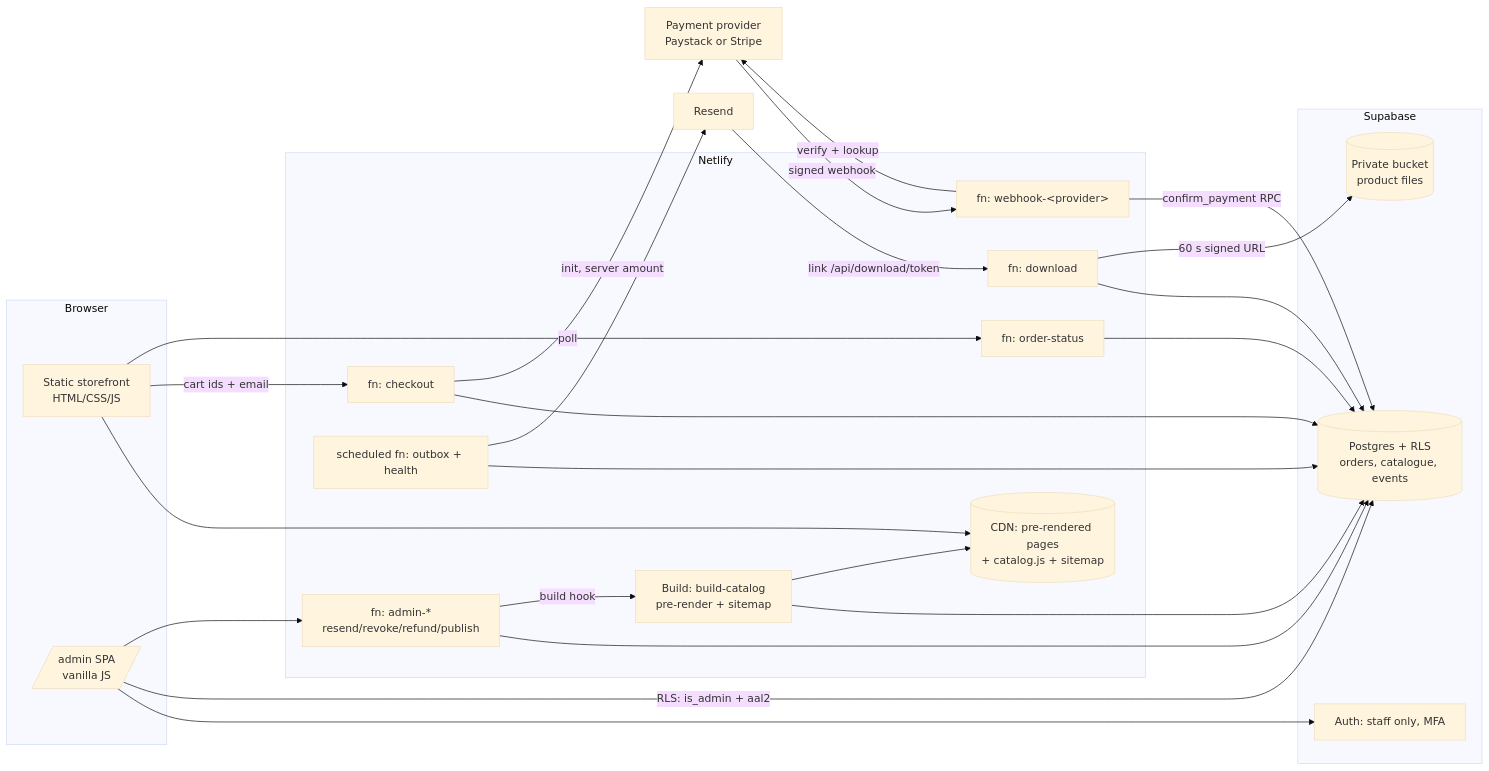
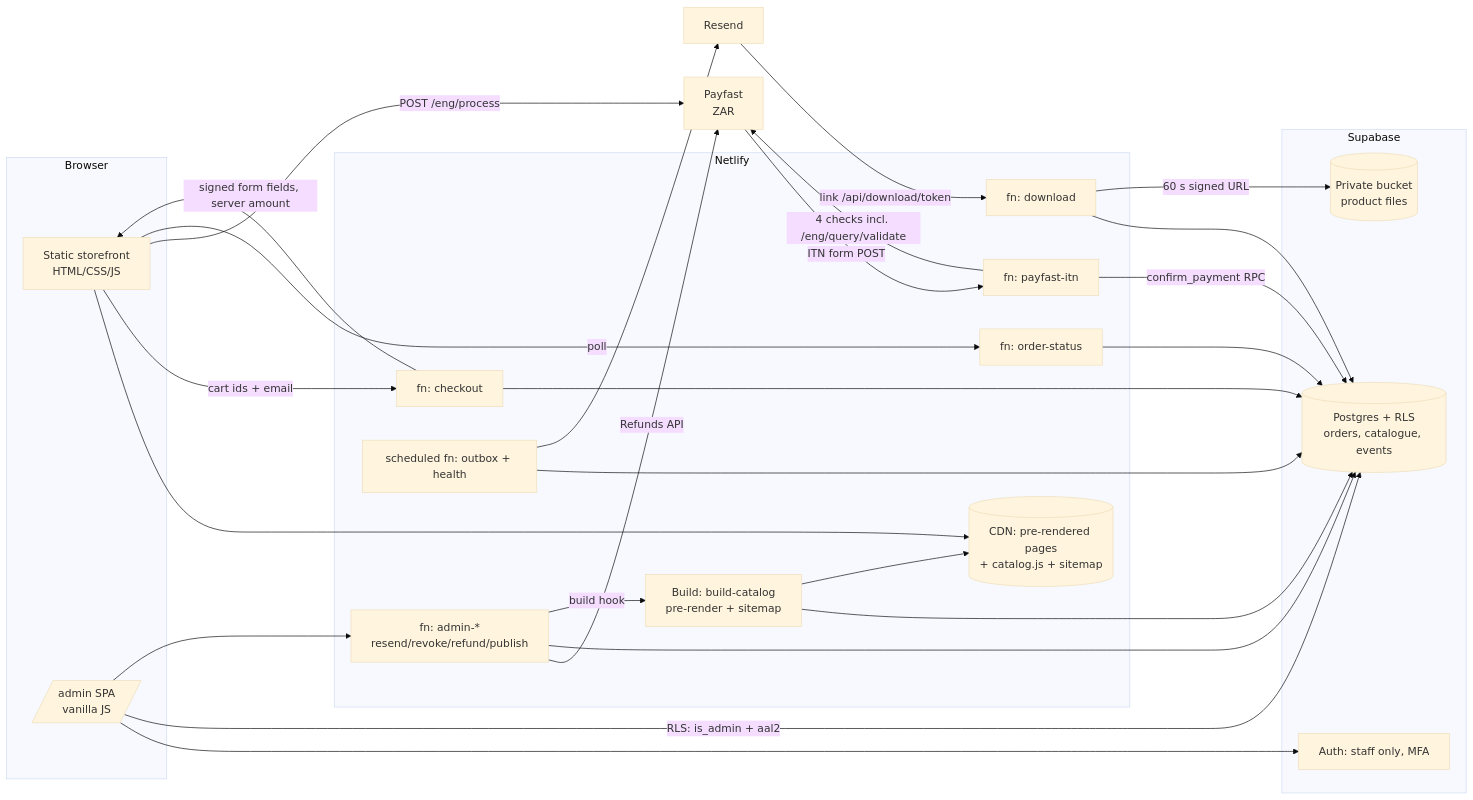
One commit to alboogycOdR/CarmenBusinessWeb changed the diagram in docs/01-architecture-review.md. Above: the diagram before and after it, drawn with Mermaid (base theme). The commit also changed other lines of this file and 7 other files, not shown here.

First line of the commit message:
docs: record Payfast/ZAR decision (D1/D2) and adapt the plan

````diff
--- a/docs/01-architecture-review.md
+++ b/docs/01-architecture-review.md
@@ -83,41 +83,43 @@
 ```mermaid
 flowchart LR
   subgraph Browser
     SF[Static storefront<br/>HTML/CSS/JS]
     AD[/admin SPA<br/>vanilla JS/]
   end
   subgraph Netlify
     CDN[(CDN: pre-rendered pages<br/>+ catalog.js + sitemap)]
     F1[fn: checkout]
-    F2[fn: webhook-&lt;provider&gt;]
+    F2[fn: payfast-itn]
     F3[fn: order-status]
     F4[fn: download]
     F5[fn: admin-*<br/>resend/revoke/refund/publish]
     F6[scheduled fn: outbox + health]
     BUILD[Build: build-catalog<br/>pre-render + sitemap]
   end
   subgraph Supabase
     DB[(Postgres + RLS<br/>orders, catalogue, events)]
     ST[(Private bucket<br/>product files)]
     AU[Auth: staff only, MFA]
   end
-  PSP[Payment provider<br/>Paystack or Stripe]
+  PSP[Payfast<br/>ZAR]
   EM[Resend]
 
   SF --> CDN
   SF -->|cart ids + email| F1 --> DB
-  F1 -->|init, server amount| PSP
-  PSP -->|signed webhook| F2 -->|verify + lookup| PSP
+  F1 -->|signed form fields, server amount| SF
+  SF -->|POST /eng/process| PSP
+  PSP -->|ITN form POST| F2 -->|4 checks incl. /eng/query/validate| PSP
+  F5 -->|Refunds API| PSP
   F2 -->|confirm_payment RPC| DB
   SF -->|poll| F3 --> DB
   F6 --> DB
   F6 --> EM
   EM -->|link /api/download/token| F4
   F4 --> DB
   F4 -->|60 s signed URL| ST
   AD --> AU
   AD -->|RLS: is_admin + aal2| DB
   AD --> F5 --> DB
   F5 -->|build hook| BUILD --> DB
   BUILD --> CDN
 ```
````
